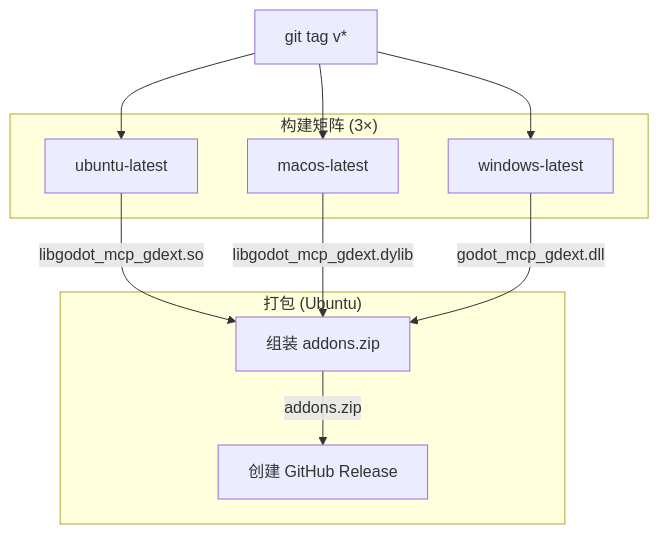
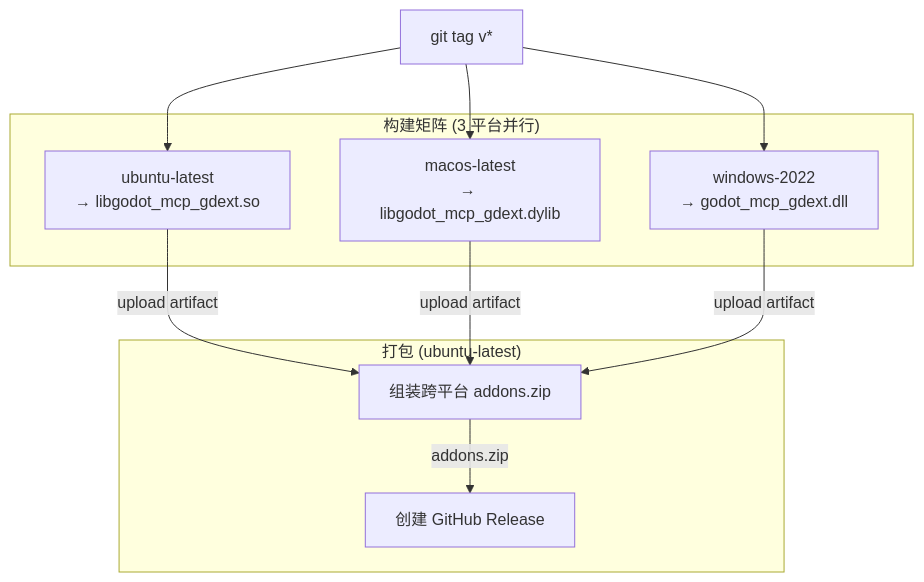
One commit to jesspig/GodotMCP-GDExtension changed the diagram in .repo_wiki/reference/ci-cd.md. Above: the diagram before and after it, drawn with Mermaid. The commit also changed other lines of this file and 36 other files, not shown here.

````diff
--- a/.repo_wiki/reference/ci-cd.md
+++ b/.repo_wiki/reference/ci-cd.md
@@ -23,20 +9,20 @@
 ```mermaid
 flowchart TD
-    subgraph Build["构建矩阵 (3×)"]
-        L[ubuntu-latest]
-        M[macos-latest]
-        W[windows-latest]
+    subgraph Build["构建矩阵 (3 平台并行)"]
+        L["ubuntu-latest<br/>→ libgodot_mcp_gdext.so"]
+        M["macos-latest<br/>→ libgodot_mcp_gdext.dylib"]
+        W["windows-2022<br/>→ godot_mcp_gdext.dll"]
     end
-    subgraph Package["打包 (Ubuntu)"]
-        P[组装 addons.zip]
-        R[创建 GitHub Release]
+    subgraph Package["打包 (ubuntu-latest)"]
+        P["组装跨平台 addons.zip"]
+        R["创建 GitHub Release"]
     end
-    
-    A[git tag v*] --> L
+
+    A["git tag v*"] --> L
     A --> M
     A --> W
-    L -->|libgodot_mcp_gdext.so| P
-    M -->|libgodot_mcp_gdext.dylib| P
-    W -->|godot_mcp_gdext.dll| P
+    L -->|upload artifact| P
+    M -->|upload artifact| P
+    W -->|upload artifact| P
     P -->|addons.zip| R
 ```
````
